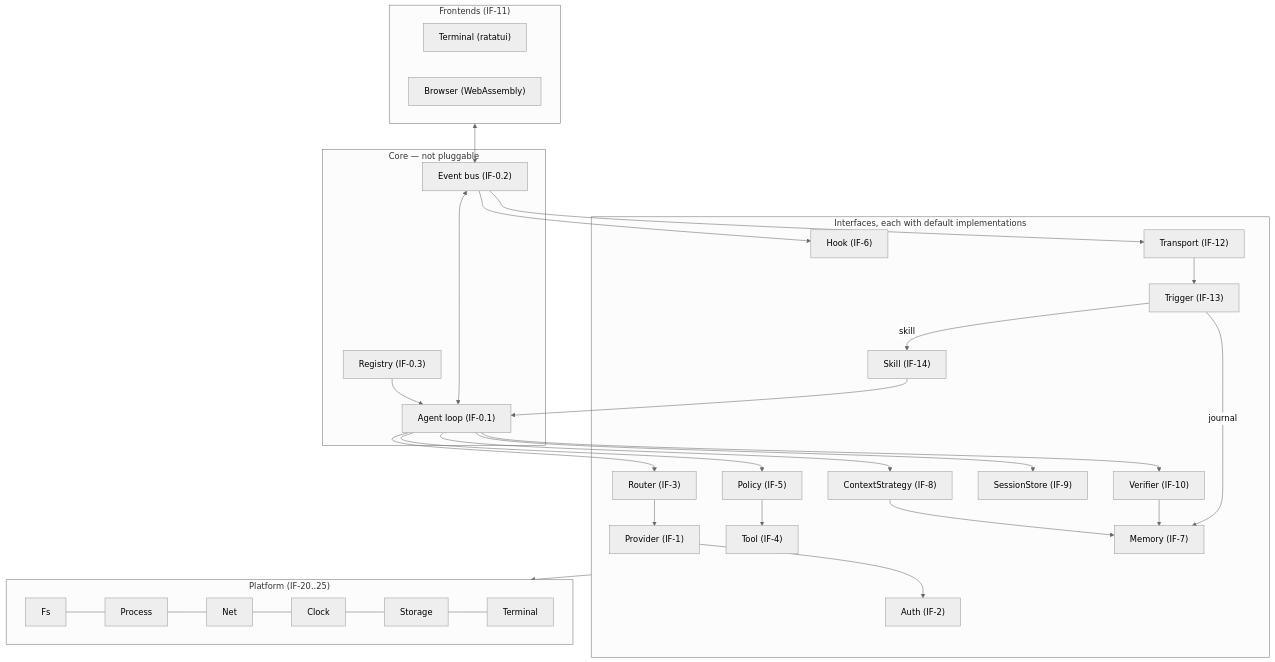
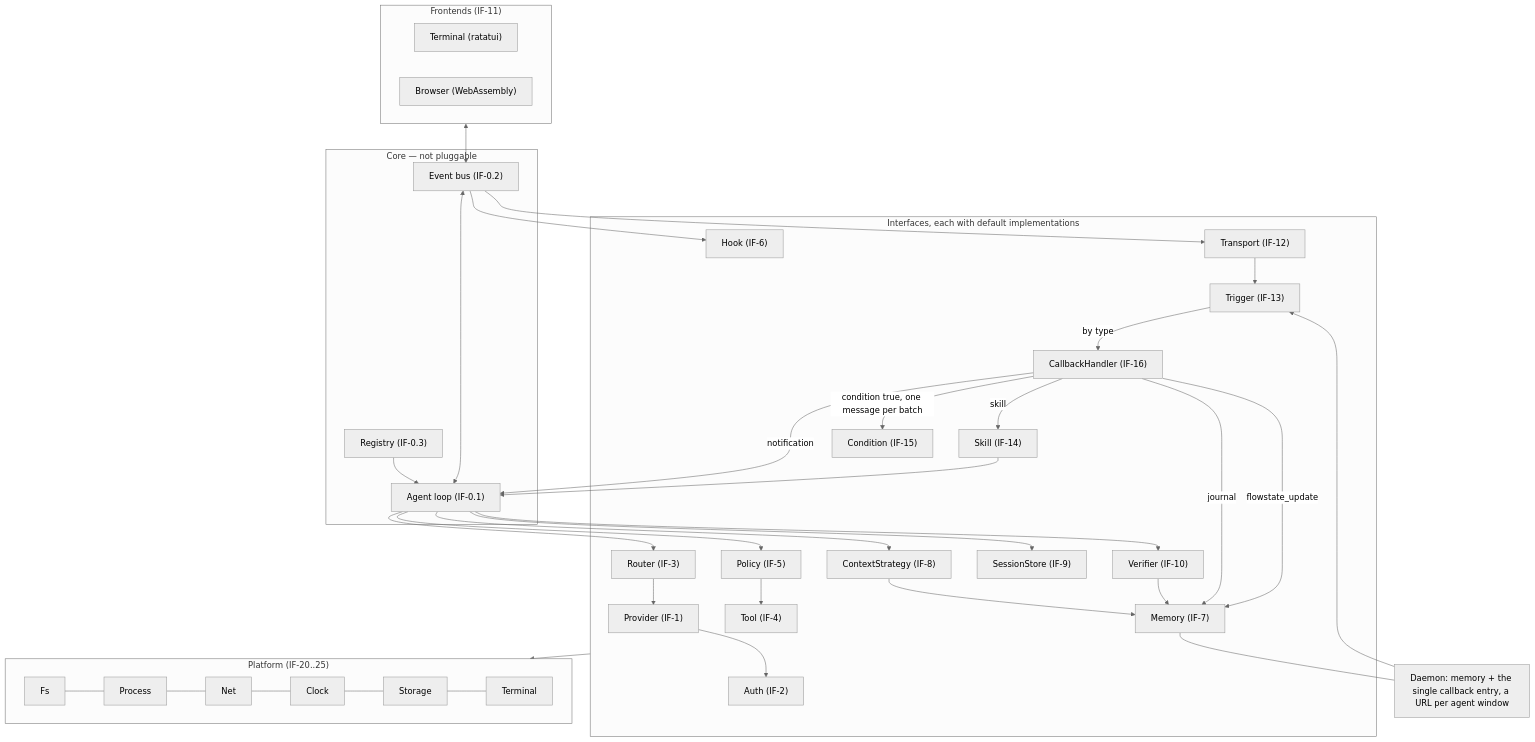
Before and after one commit to codefather-labs/harness-multitool: the first of 2 diagrams in docs/architecture/overview.md, drawn with Mermaid (neutral theme). The commit also changed other lines of this file and 14 other files, not shown here.

Commit message:
docs: sync after audit - CON-30 duplicate renumbered to CON-50, unhandled callbacks answer 400, callback types as handlers, modes and hot reload in the architecture, tui.md aliases and text-first note

````diff
--- a/docs/architecture/overview.md
+++ b/docs/architecture/overview.md
@@ -5,45 +5,54 @@
 ```mermaid
 flowchart TB
     subgraph Frontends["Frontends (IF-11)"]
         TUI["Terminal (ratatui)"]
         WEB["Browser (WebAssembly)"]
     end
     subgraph Core["Core — not pluggable"]
         LOOP["Agent loop (IF-0.1)"]
         BUS["Event bus (IF-0.2)"]
         REG["Registry (IF-0.3)"]
     end
     subgraph Plugins["Interfaces, each with default implementations"]
         PROV["Provider (IF-1)"]
         AUTH["Auth (IF-2)"]
         ROUT["Router (IF-3)"]
         TOOL["Tool (IF-4)"]
         POL["Policy (IF-5)"]
         HOOK["Hook (IF-6)"]
         MEM["Memory (IF-7)"]
         CTX["ContextStrategy (IF-8)"]
         SES["SessionStore (IF-9)"]
         VER["Verifier (IF-10)"]
         TRANS["Transport (IF-12)"]
         TRIG["Trigger (IF-13)"]
         SKILL["Skill (IF-14)"]
+        COND["Condition (IF-15)"]
+        HAND["CallbackHandler (IF-16)"]
     end
+    DAEMON["Daemon: memory + the single callback entry, a URL per agent window"]
     subgraph Platform["Platform (IF-20..25)"]
         FS["Fs"] --- PROC["Process"] --- NET["Net"] --- CLK["Clock"] --- STO["Storage"] --- TERM["Terminal"]
     end
     Frontends <--> BUS
     LOOP <--> BUS
     REG --> LOOP
     LOOP --> ROUT --> PROV
     PROV --> AUTH
     LOOP --> POL --> TOOL
     LOOP --> CTX --> MEM
     LOOP --> VER --> MEM
     LOOP --> SES
+    DAEMON --> TRIG
     TRANS --> TRIG
-    TRIG -->|skill| SKILL --> LOOP
-    TRIG -->|journal| MEM
+    TRIG -->|by type| HAND
+    HAND -->|condition true, one message per batch| COND
+    HAND -->|notification| LOOP
+    HAND -->|skill| SKILL --> LOOP
+    HAND -->|journal| MEM
+    HAND -->|flowstate_update| MEM
+    MEM --- DAEMON
     BUS --> HOOK
     BUS --> TRANS
     Plugins --> Platform
 ```
````
